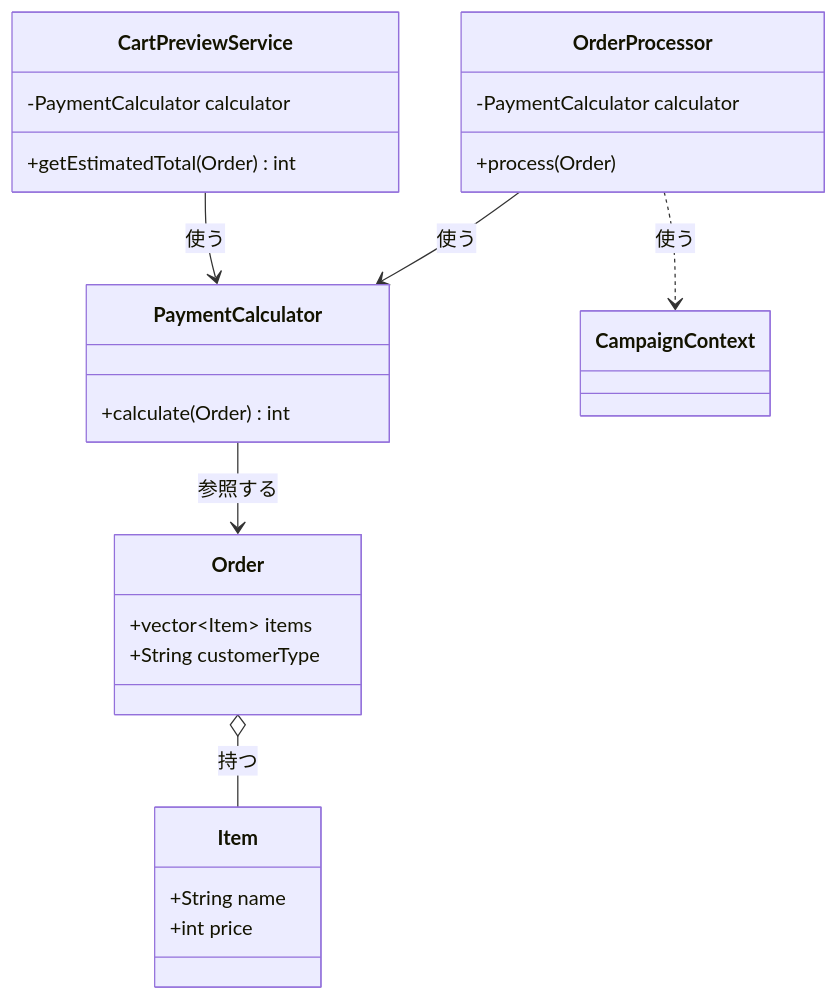
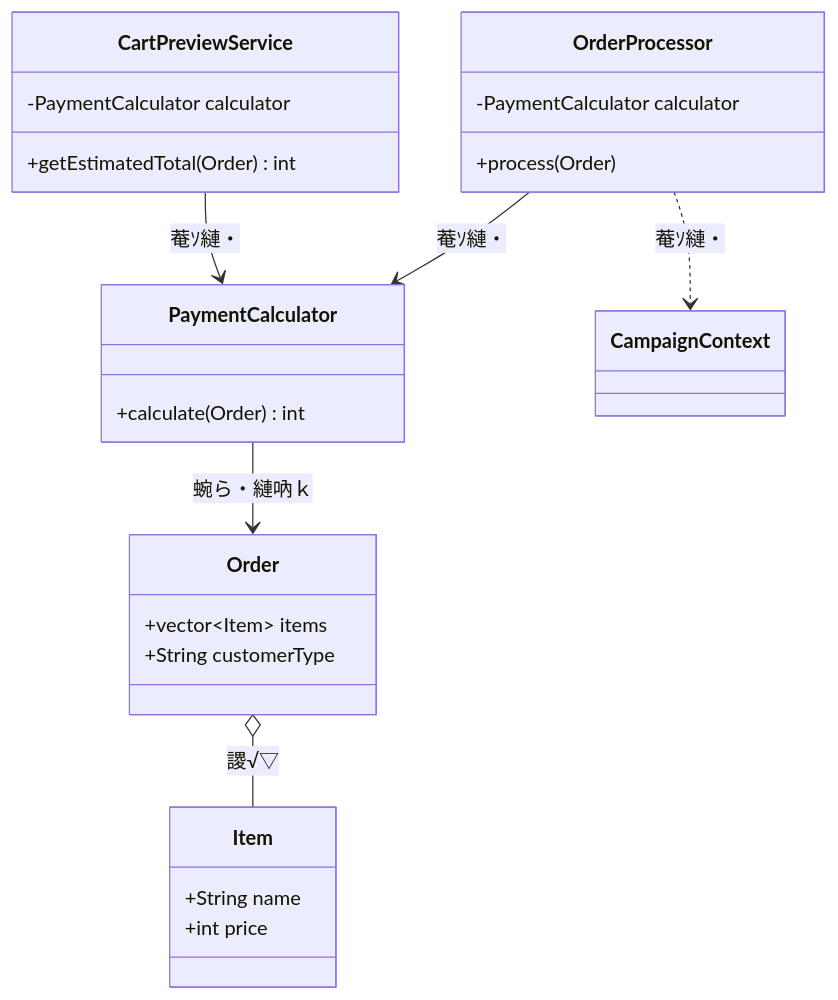
One commit to kumachan1101-pixel/DesignPattern changed the first of 5 diagrams in kindle/design-patterns/output/chapter01.md. Above: the diagram before and after it, drawn with Mermaid. The commit also changed other lines of this file and 4 other files, not shown here.

````diff
--- a/kindle/design-patterns/output/chapter01.md
+++ b/kindle/design-patterns/output/chapter01.md
@@ -79,29 +79,29 @@
 ```mermaid
 classDiagram
     class OrderProcessor {
         -PaymentCalculator calculator
         +process(Order)
     }
     class PaymentCalculator {
         +calculate(Order) int
     }
     class CartPreviewService {
         -PaymentCalculator calculator
         +getEstimatedTotal(Order) int
     }
     class Order {
         +vector~Item~ items
         +String customerType
         
     }
     class Item {
         +String name
         +int price
     }
 
-    OrderProcessor --> PaymentCalculator : 使う
-    CartPreviewService --> PaymentCalculator : 使う
-    PaymentCalculator --> Order : 参照する
-    Order o-- Item : 持つ
-    OrderProcessor ..> CampaignContext : 使う
+    OrderProcessor --> PaymentCalculator : 菴ｿ縺・
+    CartPreviewService --> PaymentCalculator : 菴ｿ縺・
+    PaymentCalculator --> Order : 蜿ら・縺吶ｋ
+    Order o-- Item : 謖√▽
+    OrderProcessor ..> CampaignContext : 菴ｿ縺・
 ```
````
